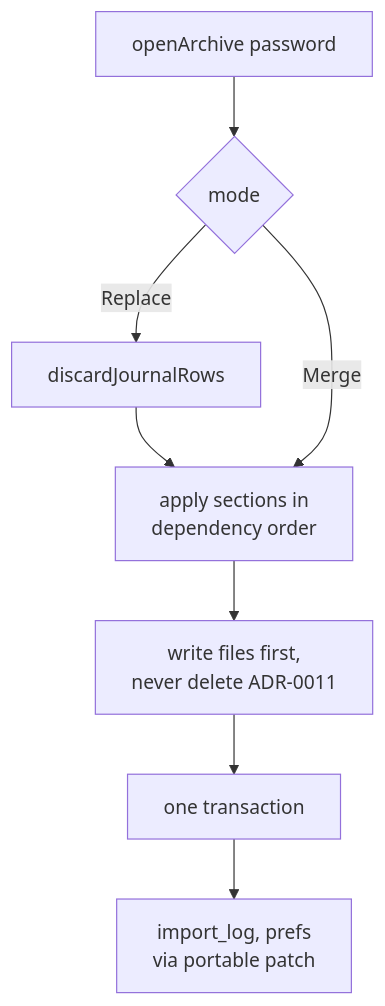
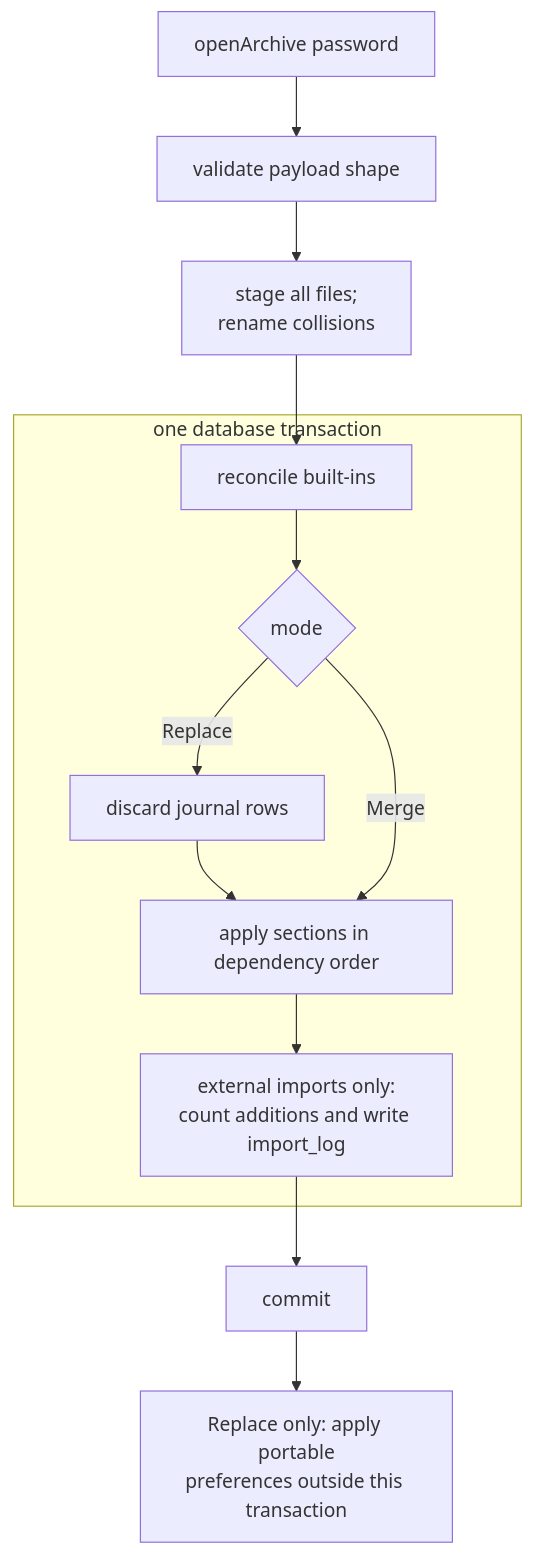
One commit to engender-app/engender changed diagram 13 of 24 in docs/architecture.md. Above: the diagram before and after it, drawn with Mermaid. The commit also changed other lines of this file and 1 other file, not shown here.

First line of the commit message:
Make architecture docs easier to navigate on GitHub

````diff
--- a/docs/architecture.md
+++ b/docs/architecture.md
@@ -438,10 +473,15 @@
 ```mermaid
 flowchart TD
-  O[openArchive password] --> M{mode}
-  M -->|Replace| R1[discardJournalRows]
-  R1 --> A
-  M -->|Merge| A[apply sections in<br/>dependency order]
-  A --> F[write files first,<br/>never delete ADR-0011]
-  F --> T[one transaction]
-  T --> L[import_log, prefs<br/>via portable patch]
+  O[openArchive password] --> V[validate payload shape]
+  V --> F[stage all files;<br/>rename collisions]
+  F --> R
+  subgraph T[one database transaction]
+    R[reconcile built-ins] --> M{mode}
+    M -->|Replace| D[discard journal rows]
+    D --> A[apply sections in dependency order]
+    M -->|Merge| A
+    A --> I[external imports only:<br/>count additions and write import_log]
+  end
+  I --> C[commit]
+  C --> P[Replace only: apply portable<br/>preferences outside this transaction]
 ```
````
